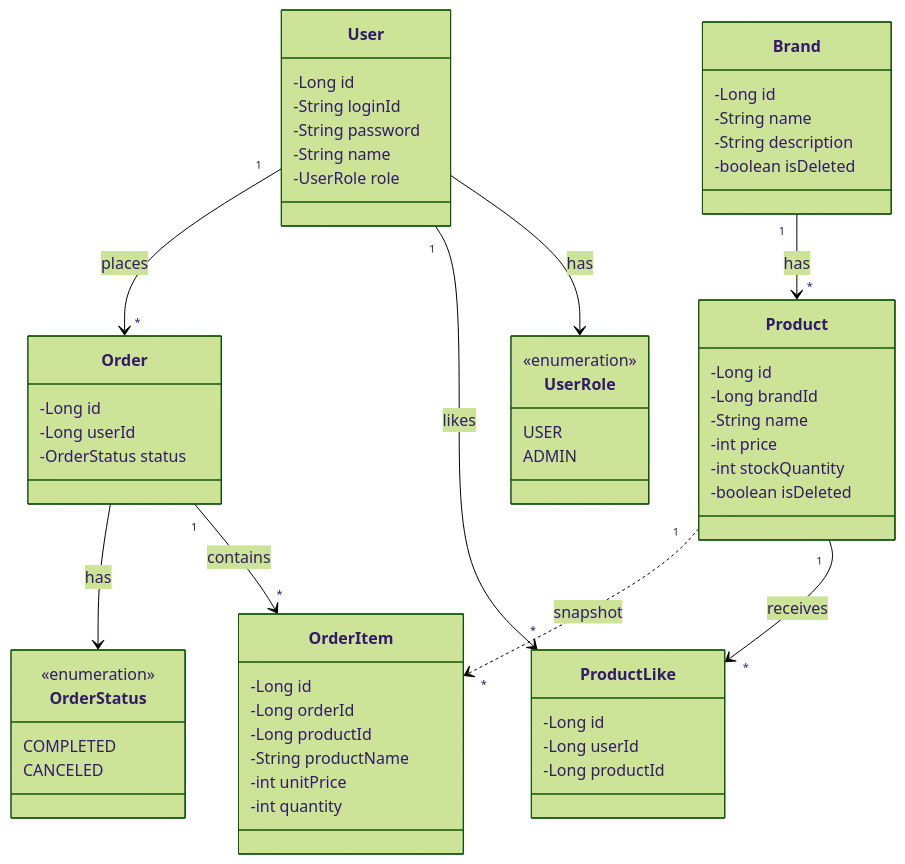
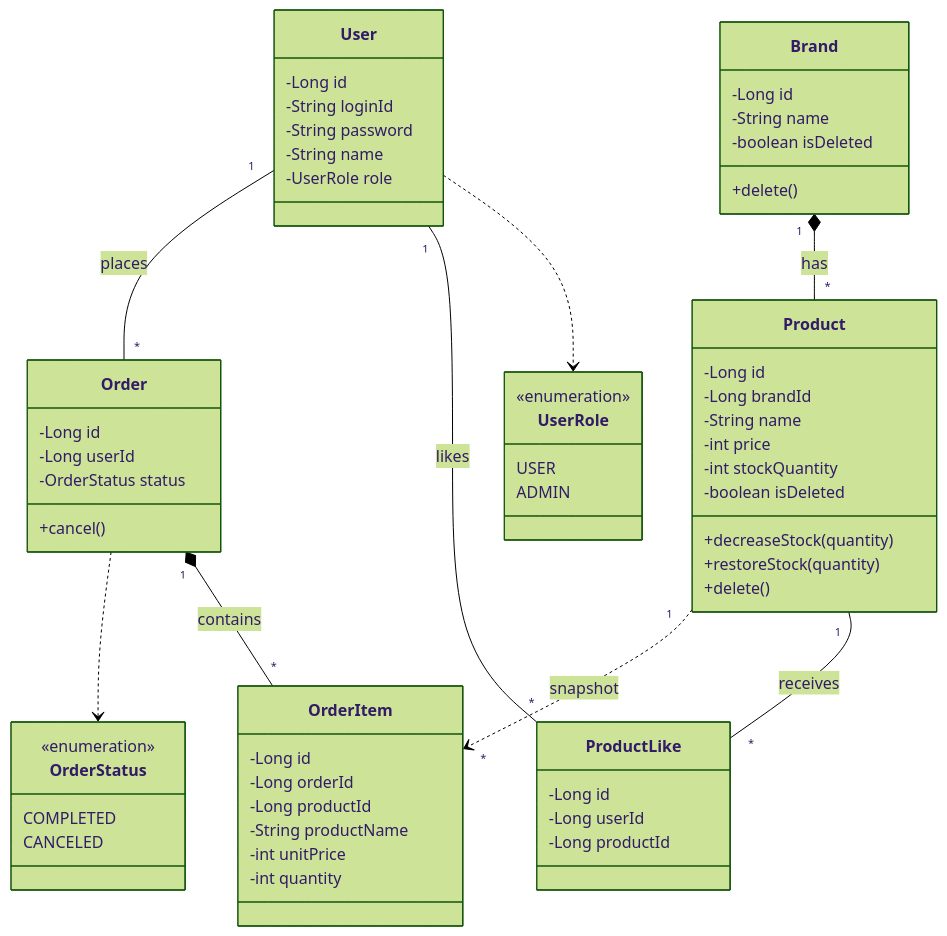
The diagram in docs/design/03-class-diagram.md (kimjunyoung90/loop-pack-be-l2-vol3-java), drawn with Mermaid (forest theme) before and after one commit.

Commit message:
docs: 문서 업데이트

````diff
--- a/docs/design/03-class-diagram.md
+++ b/docs/design/03-class-diagram.md
@@ -5,68 +5,72 @@
 ```mermaid
 classDiagram
     class User {
         -Long id
         -String loginId
         -String password
         -String name
         -UserRole role
     }
 
     class UserRole {
         <<enumeration>>
         USER
         ADMIN
     }
 
     class Brand {
         -Long id
         -String name
-        -String description
         -boolean isDeleted
+        +delete()
     }
 
     class Product {
         -Long id
         -Long brandId
         -String name
         -int price
         -int stockQuantity
         -boolean isDeleted
+        +decreaseStock(quantity)
+        +restoreStock(quantity)
+        +delete()
     }
 
     class ProductLike {
         -Long id
         -Long userId
         -Long productId
     }
 
     class Order {
         -Long id
         -Long userId
         -OrderStatus status
+        +cancel()
     }
 
     class OrderItem {
         -Long id
         -Long orderId
         -Long productId
         -String productName
         -int unitPrice
         -int quantity
     }
 
     class OrderStatus {
         <<enumeration>>
         COMPLETED
         CANCELED
     }
 
-    User --> UserRole : has
-    User "1" --> "*" ProductLike : likes
-    User "1" --> "*" Order : places
-    Brand "1" --> "*" Product : has
-    Product "1" --> "*" ProductLike : receives
-    Order "1" --> "*" OrderItem : contains
-    Order --> OrderStatus : has
+    User ..> UserRole
+    User "1" -- "*" ProductLike : likes
+    User "1" -- "*" Order : places
+    Brand "1" *-- "*" Product : has
+    Product "1" -- "*" ProductLike : receives
+    Order "1" *-- "*" OrderItem : contains
+    Order ..> OrderStatus
     Product "1" ..> "*" OrderItem : snapshot
 ```
````
